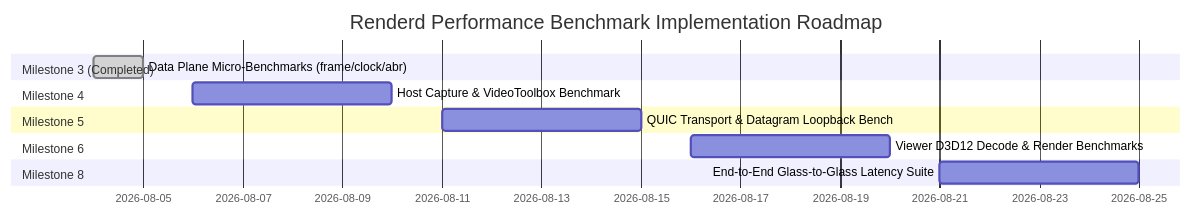
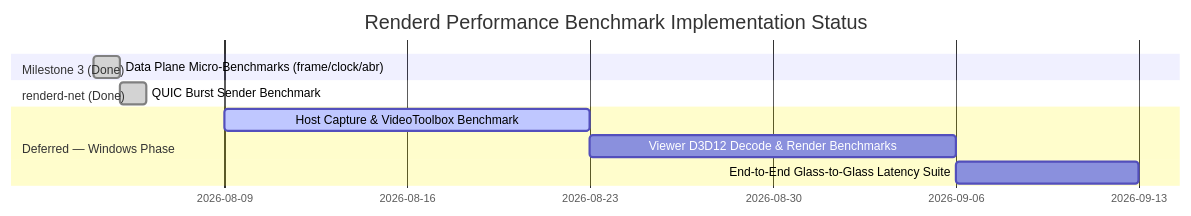
Before and after one commit to Ad1th/Renderd: the diagram in docs/BENCHMARK-ROADMAP.md, drawn with Mermaid. The commit also changed other lines of this file and 8 other files, not shown here.

````diff
--- a/docs/BENCHMARK-ROADMAP.md
+++ b/docs/BENCHMARK-ROADMAP.md
@@ -69,15 +76,13 @@
 ```mermaid
 gantt
-    title Renderd Performance Benchmark Implementation Roadmap
+    title Renderd Performance Benchmark Implementation Status
     dateFormat  YYYY-MM-DD
-    section Milestone 3 (Completed)
+    section Milestone 3 (Done)
     Data Plane Micro-Benchmarks (frame/clock/abr) :done, m3, 2026-08-04, 2026-08-05
-    section Milestone 4
-    Host Capture & VideoToolbox Benchmark         :m4, 2026-08-06, 2026-08-10
-    section Milestone 5
-    QUIC Transport & Datagram Loopback Bench      :m5, 2026-08-11, 2026-08-15
-    section Milestone 6
-    Viewer D3D12 Decode & Render Benchmarks        :m6, 2026-08-16, 2026-08-20
-    section Milestone 8
-    End-to-End Glass-to-Glass Latency Suite        :m8, 2026-08-21, 2026-08-25
+    section renderd-net (Done)
+    QUIC Burst Sender Benchmark                   :done, mnet, 2026-08-05, 2026-08-06
+    section Deferred — Windows Phase
+    Host Capture & VideoToolbox Benchmark         :active, m4, 2026-08-09, 14d
+    Viewer D3D12 Decode & Render Benchmarks       :m6, after m4, 14d
+    End-to-End Glass-to-Glass Latency Suite       :m8, after m6, 7d
 ```
````
